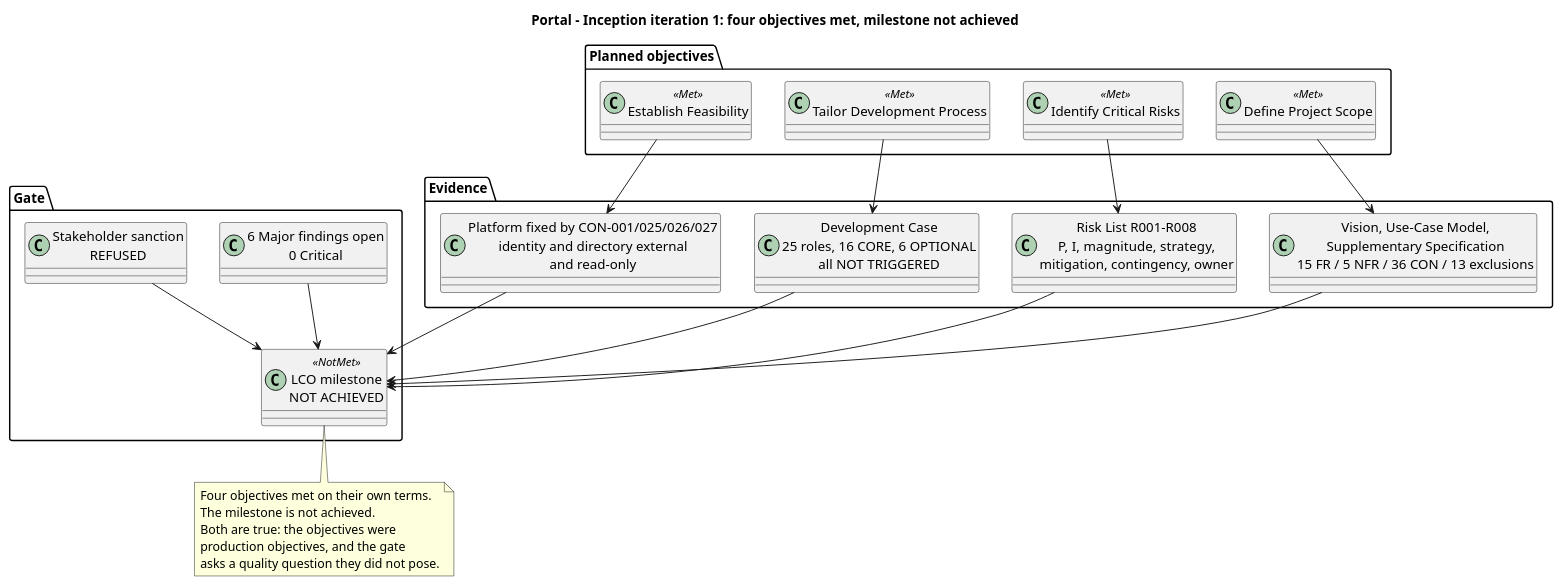
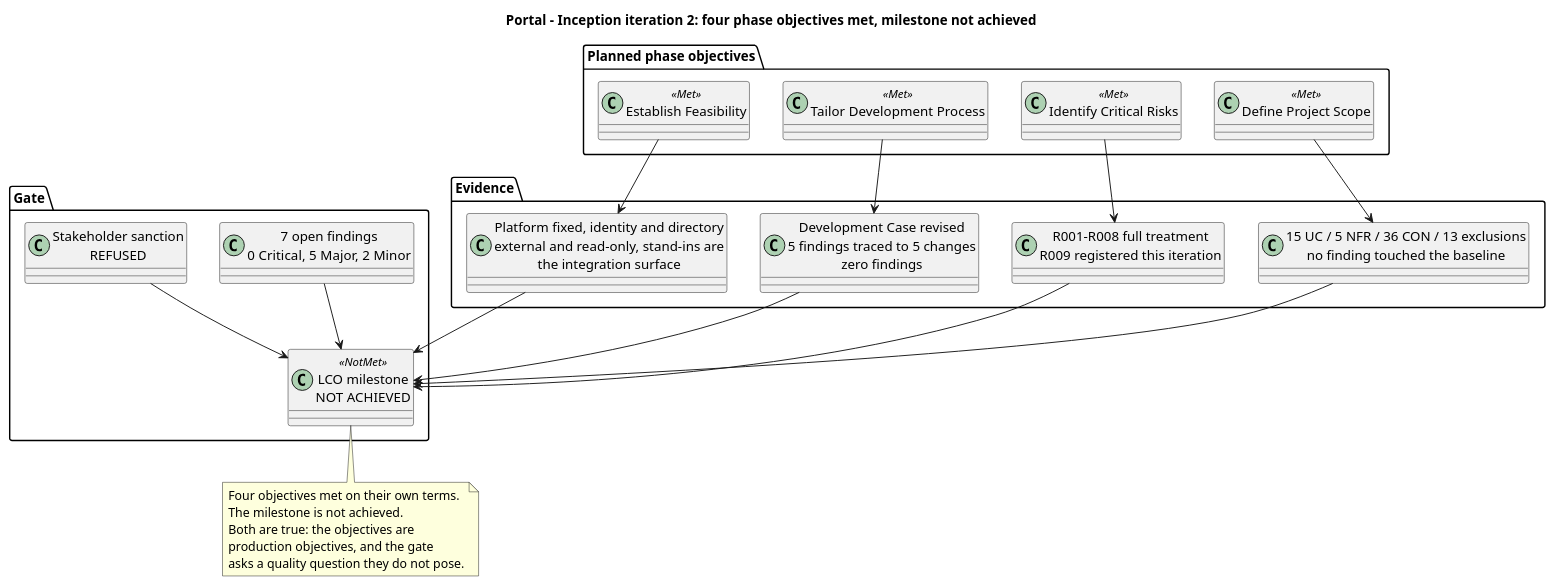
Before and after one commit to banense-test/portal: the first of 5 diagrams in docs/artifacts/project-management/iteration-assessment.md, drawn with PlantUML. The commit also changed other lines of this file, not shown here.

First line of the commit message:
Project Manager [I2]: upsert Iteration Assessment

````diff
--- a/docs/artifacts/project-management/iteration-assessment.md
+++ b/docs/artifacts/project-management/iteration-assessment.md
@@ -21,44 +21,44 @@
 ```plantuml
 @startuml
-title Portal - Inception iteration 1: four objectives met, milestone not achieved
+title Portal - Inception iteration 2: four phase objectives met, milestone not achieved
 
-package "Planned objectives" {
+package "Planned phase objectives" {
   class "Define Project Scope" as O1 <<Met>>
   class "Identify Critical Risks" as O2 <<Met>>
   class "Tailor Development Process" as O3 <<Met>>
   class "Establish Feasibility" as O4 <<Met>>
 }
 
 package "Evidence" {
-  class "Vision, Use-Case Model,\nSupplementary Specification\n15 FR / 5 NFR / 36 CON / 13 exclusions" as E1
-  class "Risk List R001-R008\nP, I, magnitude, strategy,\nmitigation, contingency, owner" as E2
-  class "Development Case\n25 roles, 16 CORE, 6 OPTIONAL\nall NOT TRIGGERED" as E3
-  class "Platform fixed by CON-001/025/026/027\nidentity and directory external\nand read-only" as E4
+  class "15 UC / 5 NFR / 36 CON / 13 exclusions\nno finding touched the baseline" as E1
+  class "R001-R008 full treatment\nR009 registered this iteration" as E2
+  class "Development Case revised\n5 findings traced to 5 changes\nzero findings" as E3
+  class "Platform fixed, identity and directory\nexternal and read-only, stand-ins are\nthe integration surface" as E4
 }
 
 package "Gate" {
   class "LCO milestone\nNOT ACHIEVED" as G <<NotMet>>
-  class "6 Major findings open\n0 Critical" as F
+  class "7 open findings\n0 Critical, 5 Major, 2 Minor" as F
   class "Stakeholder sanction\nREFUSED" as S
 }
 
 O1 --> E1
 O2 --> E2
 O3 --> E3
 O4 --> E4
 E1 --> G
 E2 --> G
 E3 --> G
 E4 --> G
 F --> G
 S --> G
 
 note bottom of G
   Four objectives met on their own terms.
   The milestone is not achieved.
-  Both are true: the objectives were
+  Both are true: the objectives are
   production objectives, and the gate
-  asks a quality question they did not pose.
+  asks a quality question they do not pose.
 end note
 @enduml
 ```
````
